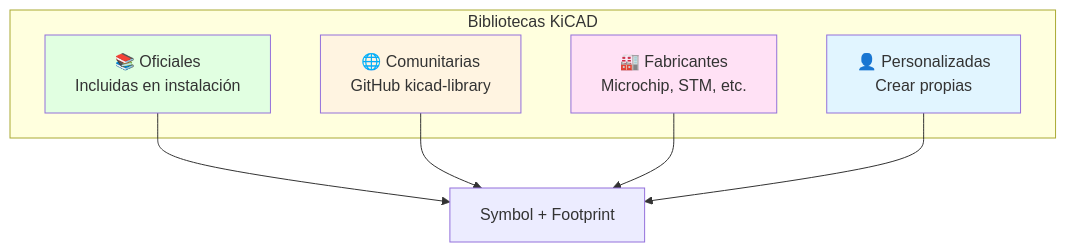
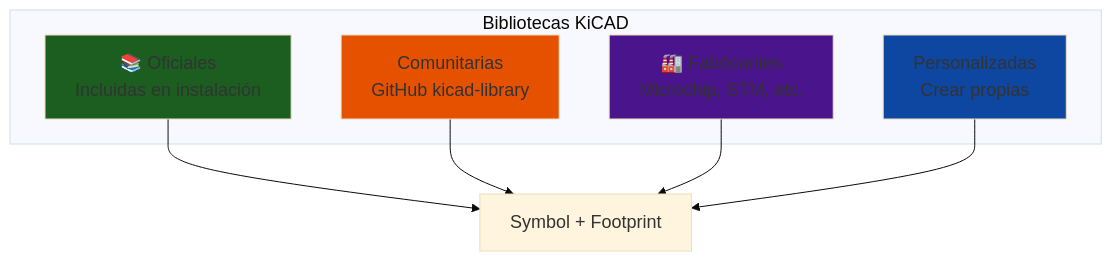
Before and after one commit to Ai-Whisperers/Courses-Content: the seventh of 11 diagrams in courses/🟡-development/FPUNA-2026/02-ELECTRONICA-AUTOMATIZACION/01-diseno-circuitos-ia.md, drawn with Mermaid. The commit also changed other lines of this file and 47 other files, not shown here.

First line of the commit message:
fix: Make all 473 diagrams WCAG AAA accessible (FPUNA-2026)

````diff
--- a/courses/🟡-development/FPUNA-2026/02-ELECTRONICA-AUTOMATIZACION/01-diseno-circuitos-ia.md
+++ b/courses/🟡-development/FPUNA-2026/02-ELECTRONICA-AUTOMATIZACION/01-diseno-circuitos-ia.md
@@ -350,19 +356,20 @@
 ```mermaid
+%%{init: {'theme':'base', 'themeVariables': {'fontSize':'18px'}}}%%
 graph TD
     subgraph "Bibliotecas KiCAD"
         A[📚 Oficiales<br/>Incluidas en instalación]
-        B[🌐 Comunitarias<br/>GitHub kicad-library]
+        B[Comunitarias<br/>GitHub kicad-library]
         C[🏭 Fabricantes<br/>Microchip, STM, etc.]
-        D[👤 Personalizadas<br/>Crear propias]
+        D[Personalizadas<br/>Crear propias]
     end
     
     A --> E[Symbol + Footprint]
     B --> E
     C --> E
     D --> E
     
-    style A fill:#E1FFE1
-    style B fill:#FFF4E1
-    style C fill:#FFE1F5
-    style D fill:#E1F5FF
+    style A fill:#1b5e20
+    style B fill:#e65100
+    style C fill:#4a148c
+    style D fill:#0d47a1
 ```
````
